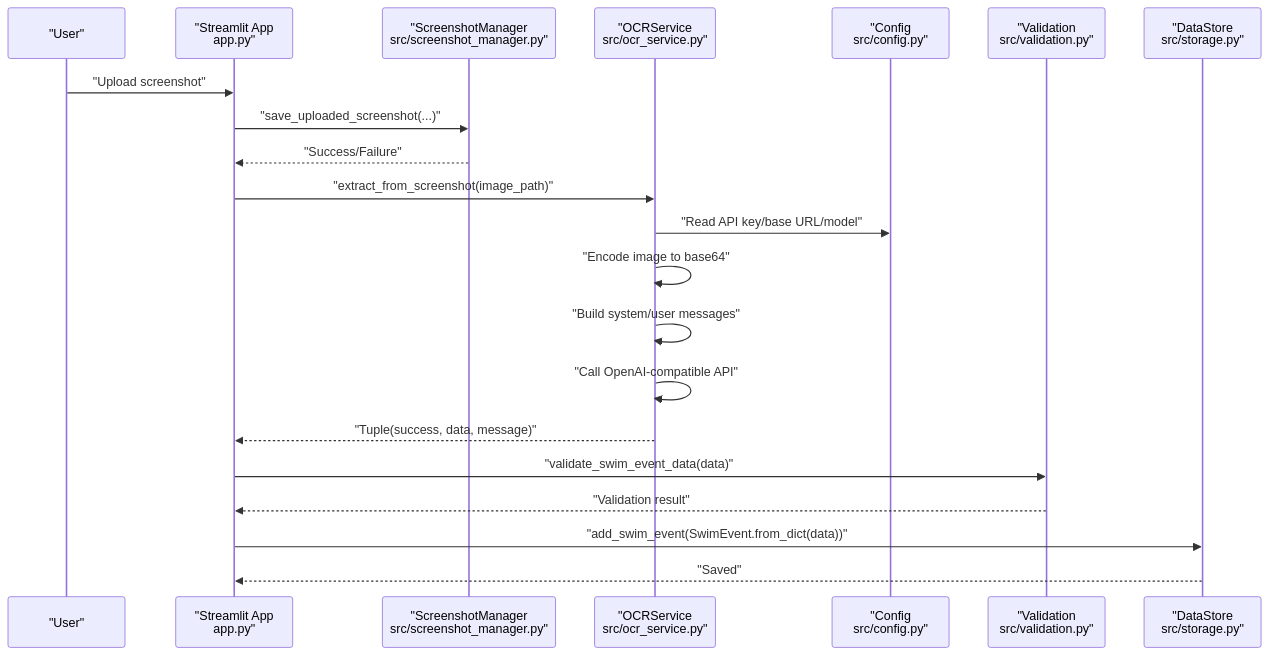
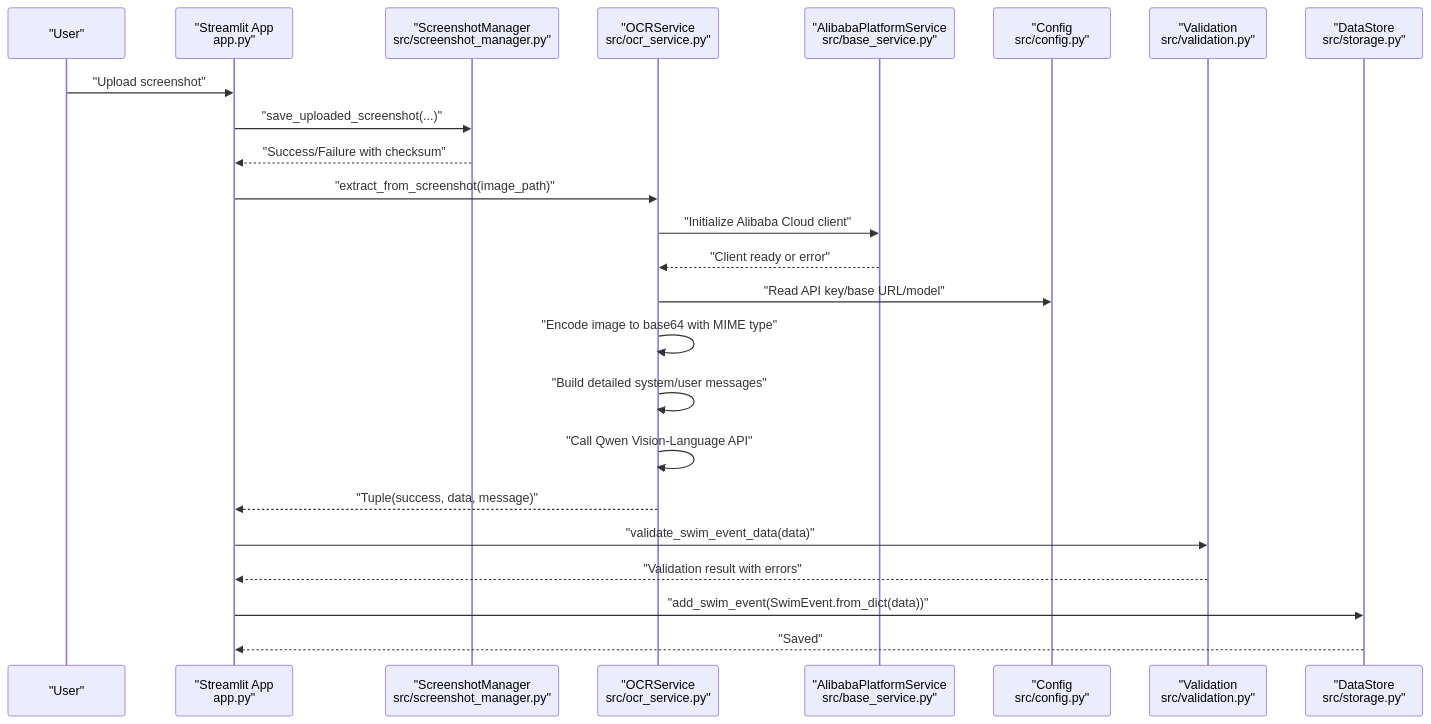
One commit to Johnny22056/SwimingStatus changed the second of 8 diagrams in .qoder/repowiki/en/content/Feature Modules/OCR Integration.md. Above: the diagram before and after it, drawn with Mermaid. The commit also changed other lines of this file and 8 other files, not shown here.

````diff
--- a/.qoder/repowiki/en/content/Feature Modules/OCR Integration.md
+++ b/.qoder/repowiki/en/content/Feature Modules/OCR Integration.md
@@ -109,23 +127,26 @@
 ```mermaid
 sequenceDiagram
 participant User as "User"
 participant UI as "Streamlit App<br/>app.py"
 participant SM as "ScreenshotManager<br/>src/screenshot_manager.py"
 participant OCR as "OCRService<br/>src/ocr_service.py"
+participant BASE as "AlibabaPlatformService<br/>src/base_service.py"
 participant CFG as "Config<br/>src/config.py"
 participant VAL as "Validation<br/>src/validation.py"
 participant DS as "DataStore<br/>src/storage.py"
 User->>UI : "Upload screenshot"
 UI->>SM : "save_uploaded_screenshot(...)"
-SM-->>UI : "Success/Failure"
+SM-->>UI : "Success/Failure with checksum"
 UI->>OCR : "extract_from_screenshot(image_path)"
+OCR->>BASE : "Initialize Alibaba Cloud client"
+BASE-->>OCR : "Client ready or error"
 OCR->>CFG : "Read API key/base URL/model"
-OCR->>OCR : "Encode image to base64"
-OCR->>OCR : "Build system/user messages"
-OCR->>OCR : "Call OpenAI-compatible API"
+OCR->>OCR : "Encode image to base64 with MIME type"
+OCR->>OCR : "Build detailed system/user messages"
+OCR->>OCR : "Call Qwen Vision-Language API"
 OCR-->>UI : "Tuple(success, data, message)"
 UI->>VAL : "validate_swim_event_data(data)"
-VAL-->>UI : "Validation result"
+VAL-->>UI : "Validation result with errors"
 UI->>DS : "add_swim_event(SwimEvent.from_dict(data))"
 DS-->>UI : "Saved"
 ```
````
